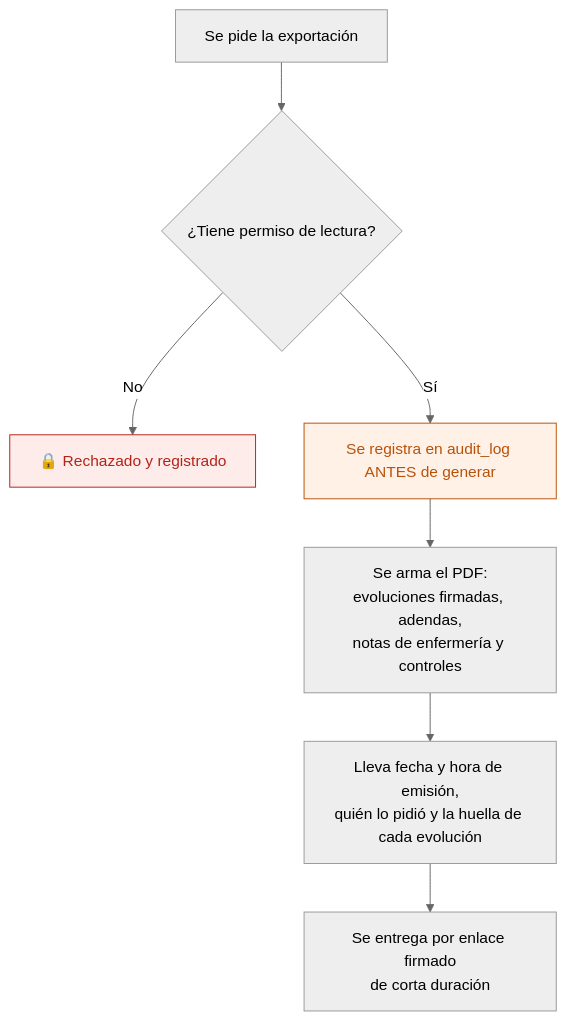
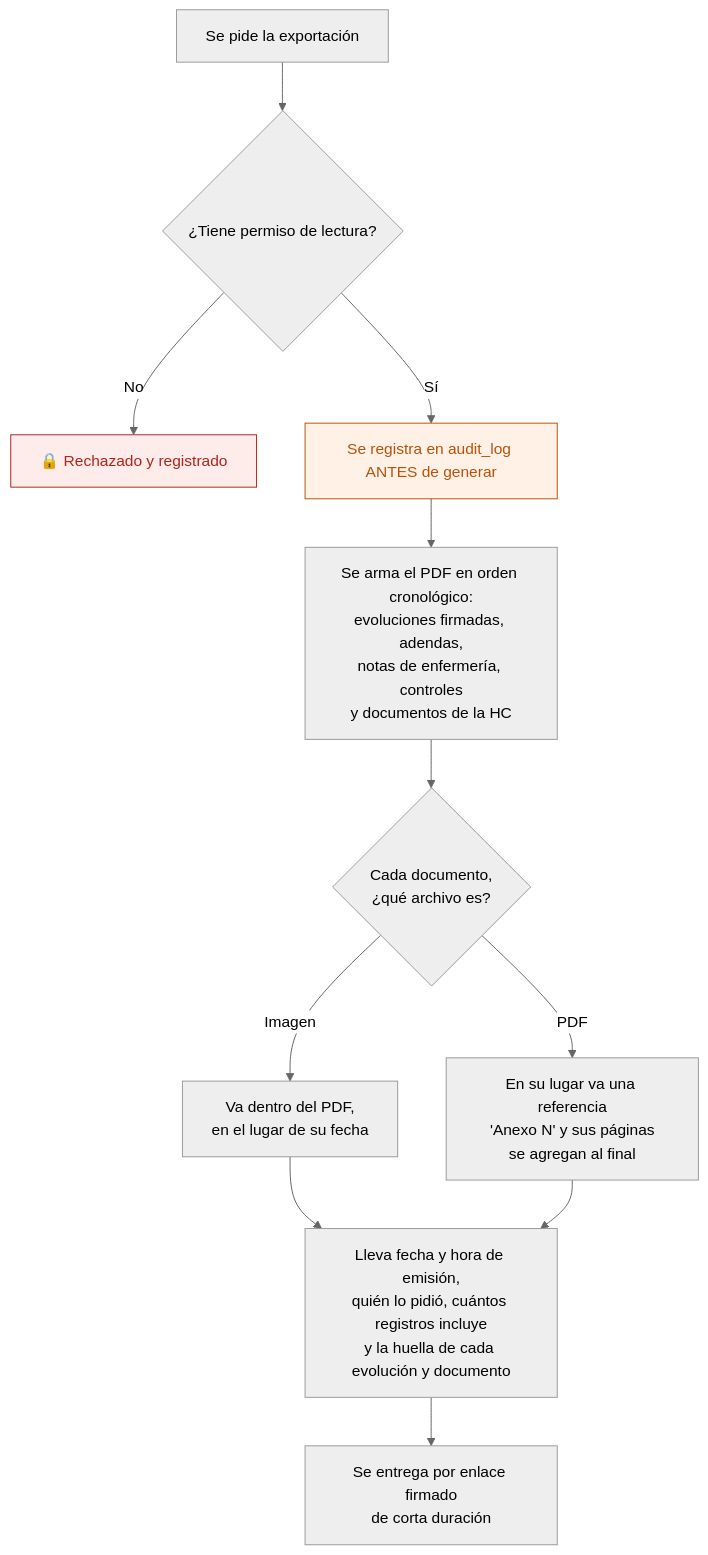
The second of 2 diagrams in docs/flujos/10-consultar-y-exportar-hc.md (procesosipl-source/Ronda), drawn with Mermaid (neutral theme) before and after one commit. The commit also changed other lines of this file and 1 other file, not shown here.

First line of the commit message:
La historia clínica incluye los documentos, en orden cronológico

````diff
--- a/docs/flujos/10-consultar-y-exportar-hc.md
+++ b/docs/flujos/10-consultar-y-exportar-hc.md
@@ -40,14 +40,19 @@
 ```mermaid
 flowchart TD
     E["Se pide la exportación"] --> V{"¿Tiene permiso de lectura?"}
     V -->|No| B["🔒 Rechazado y registrado"]
     V -->|Sí| A["Se registra en audit_log ANTES de generar"]
-    A --> G["Se arma el PDF:<br/>evoluciones firmadas, adendas,<br/>notas de enfermería y controles"]
-    G --> S["Lleva fecha y hora de emisión,<br/>quién lo pidió y la huella de cada evolución"]
+    A --> G["Se arma el PDF en orden cronológico:<br/>evoluciones firmadas, adendas,<br/>notas de enfermería, controles<br/>y documentos de la HC"]
+    G --> DOC{"Cada documento,<br/>¿qué archivo es?"}
+    DOC -->|Imagen| IMG["Va dentro del PDF,<br/>en el lugar de su fecha"]
+    DOC -->|PDF| ANX["En su lugar va una referencia<br/>'Anexo N' y sus páginas<br/>se agregan al final"]
+    IMG --> S
+    ANX --> S
+    S["Lleva fecha y hora de emisión,<br/>quién lo pidió, cuántos registros incluye<br/>y la huella de cada evolución y documento"]
     S --> D["Se entrega por enlace firmado<br/>de corta duración"]
 
     classDef aud fill:#FFF1E6,stroke:#B8520A,color:#B8520A
     classDef bloq fill:#FDECEA,stroke:#B42318,color:#B42318
     class A aud
     class B bloq
 ```
````
